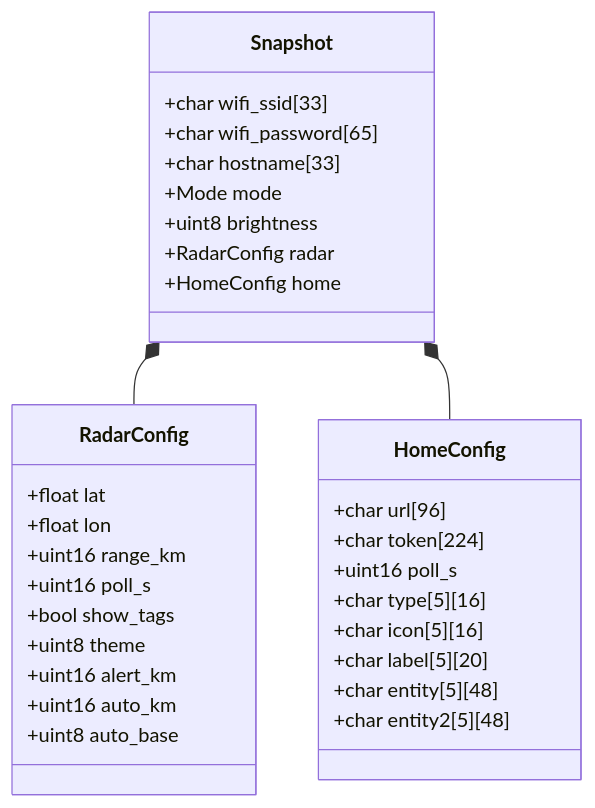
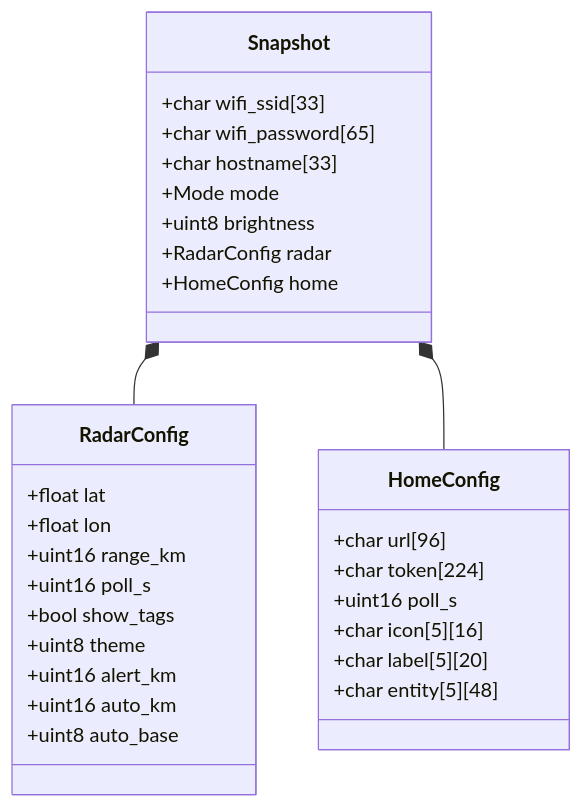
One commit to Krasnov777/esp32-sky-gauge changed the third of 8 diagrams in ARCHITECTURE.md. Above: the diagram before and after it, drawn with Mermaid. The commit also changed other lines of this file and 1 other file, not shown here.

Commit message:
Docs: Home Integration (one entity/page, icon picker, HA unit), Auto multi-mode

````diff
--- a/ARCHITECTURE.md
+++ b/ARCHITECTURE.md
@@ -197,35 +197,33 @@
 ```mermaid
 classDiagram
   class Snapshot {
     +char wifi_ssid[33]
     +char wifi_password[65]
     +char hostname[33]
     +Mode mode
     +uint8 brightness
     +RadarConfig radar
     +HomeConfig home
   }
   class RadarConfig {
     +float lat
     +float lon
     +uint16 range_km
     +uint16 poll_s
     +bool show_tags
     +uint8 theme
     +uint16 alert_km
     +uint16 auto_km
     +uint8 auto_base
   }
   class HomeConfig {
     +char url[96]
     +char token[224]
     +uint16 poll_s
-    +char type[5][16]
     +char icon[5][16]
     +char label[5][20]
     +char entity[5][48]
-    +char entity2[5][48]
   }
   Snapshot *-- RadarConfig
   Snapshot *-- HomeConfig
 ```
````
